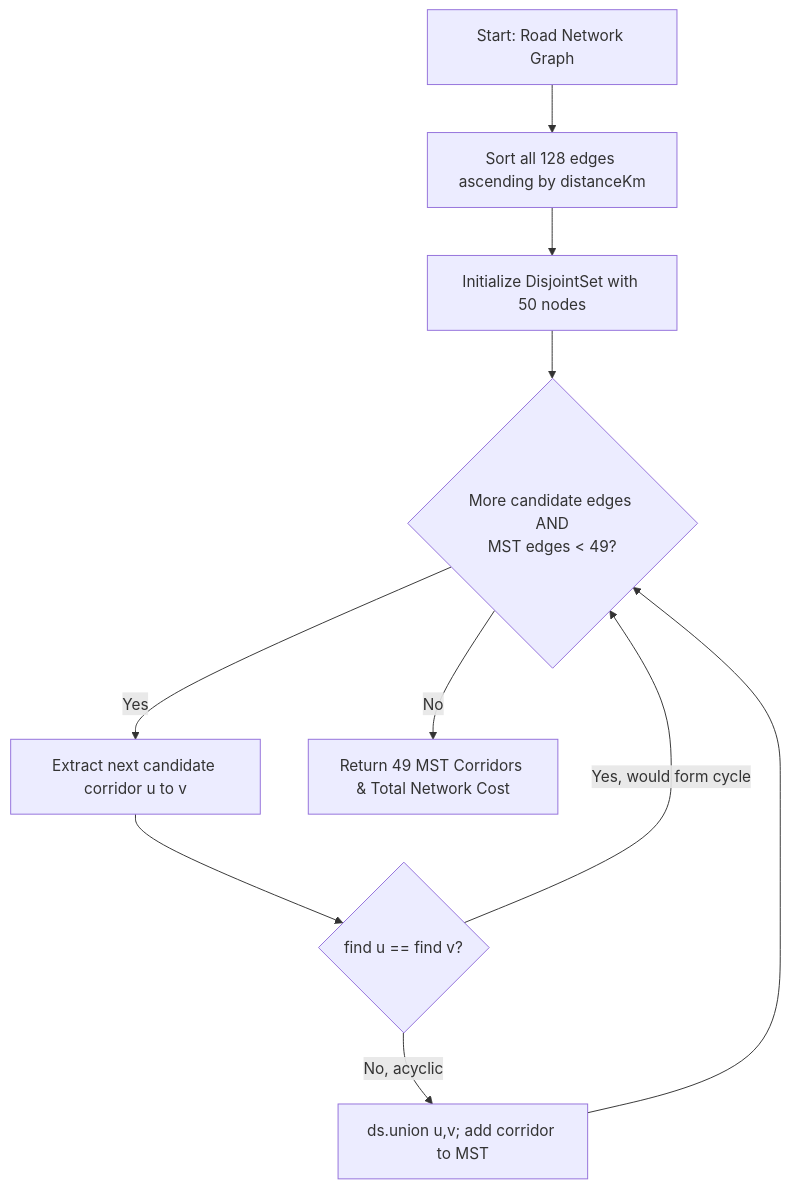
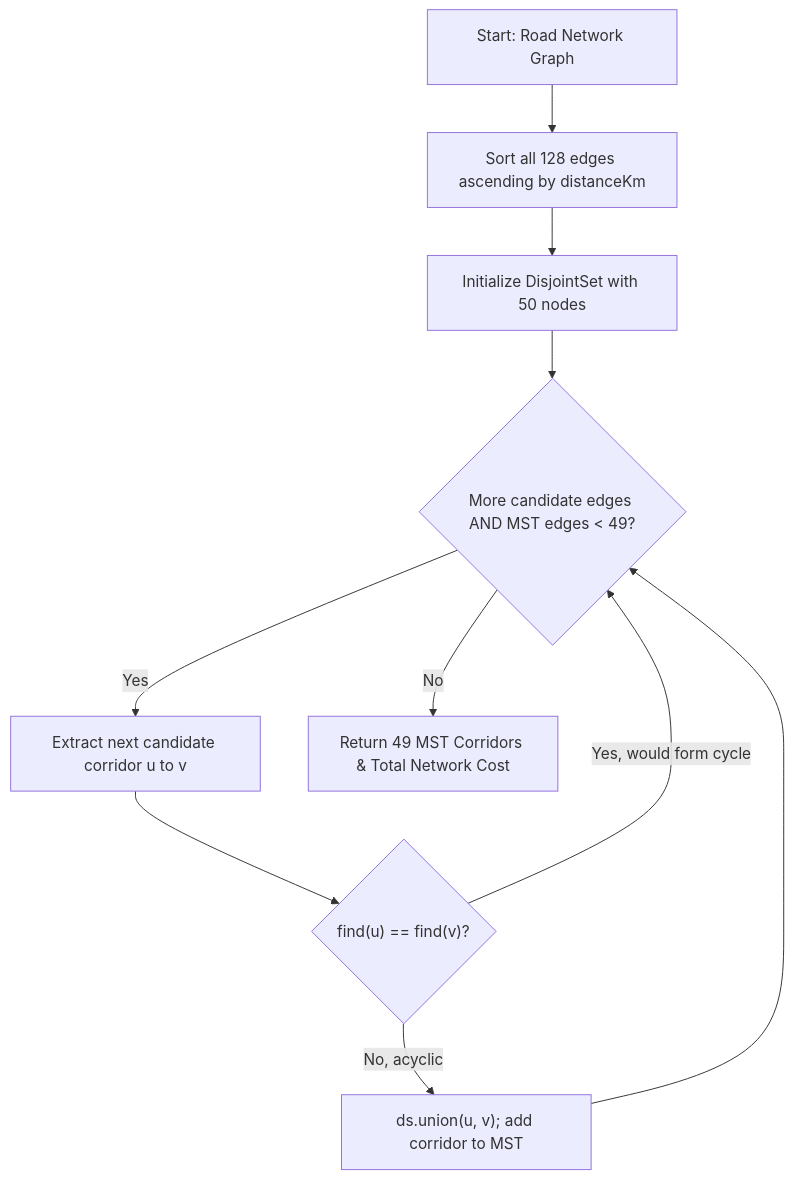
The fifth of 7 diagrams in docs-site/src/content/docs/service-operations/flowcharts-pseudocode.md (Septagon-Systems/Hospital-Service-DSA), drawn with Mermaid before and after one commit. The commit also changed other lines of this file and 1 other file, not shown here.

Commit message:
docs(flowcharts): refine multi-queue dispatch operation and fix table complexity notation

````diff
--- a/docs-site/src/content/docs/service-operations/flowcharts-pseudocode.md
+++ b/docs-site/src/content/docs/service-operations/flowcharts-pseudocode.md
@@ -306,12 +350,12 @@
 ```mermaid
 flowchart TD
     A[Start: Road Network Graph] --> B[Sort all 128 edges ascending by distanceKm]
     B --> C[Initialize DisjointSet with 50 nodes]
-    C --> D{More candidate edges AND\nMST edges < 49?}
+    C --> D{"More candidate edges AND MST edges < 49?"}
     D -- Yes --> E[Extract next candidate corridor u to v]
-    E --> F{find u == find v?}
+    E --> F{"find(u) == find(v)?"}
     F -- Yes, would form cycle --> D
-    F -- No, acyclic --> G[ds.union u,v; add corridor to MST]
+    F -- No, acyclic --> G["ds.union(u, v); add corridor to MST"]
     G --> D
     D -- No --> H[Return 49 MST Corridors & Total Network Cost]
 ```
````
